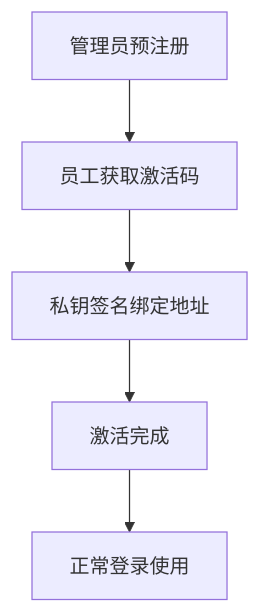
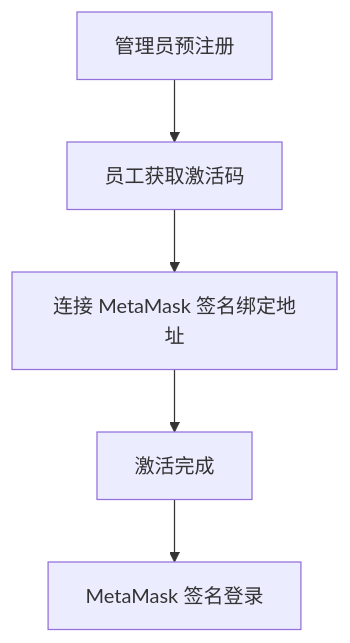
One commit to Roamingen/aero-evidence changed the first of 2 diagrams in README.md. Above: the diagram before and after it, drawn with Mermaid. The commit also changed other lines of this file and 1 other file, not shown here.

````diff
--- a/README.md
+++ b/README.md
@@ -244,7 +246,7 @@
 ```mermaid
 graph TD
     A[管理员预注册] --> B[员工获取激活码]
-    B --> C[私钥签名绑定地址]
+    B --> C[连接 MetaMask 签名绑定地址]
     C --> D[激活完成]
-    D --> E[正常登录使用]
+    D --> E[MetaMask 签名登录]
 ```
````
